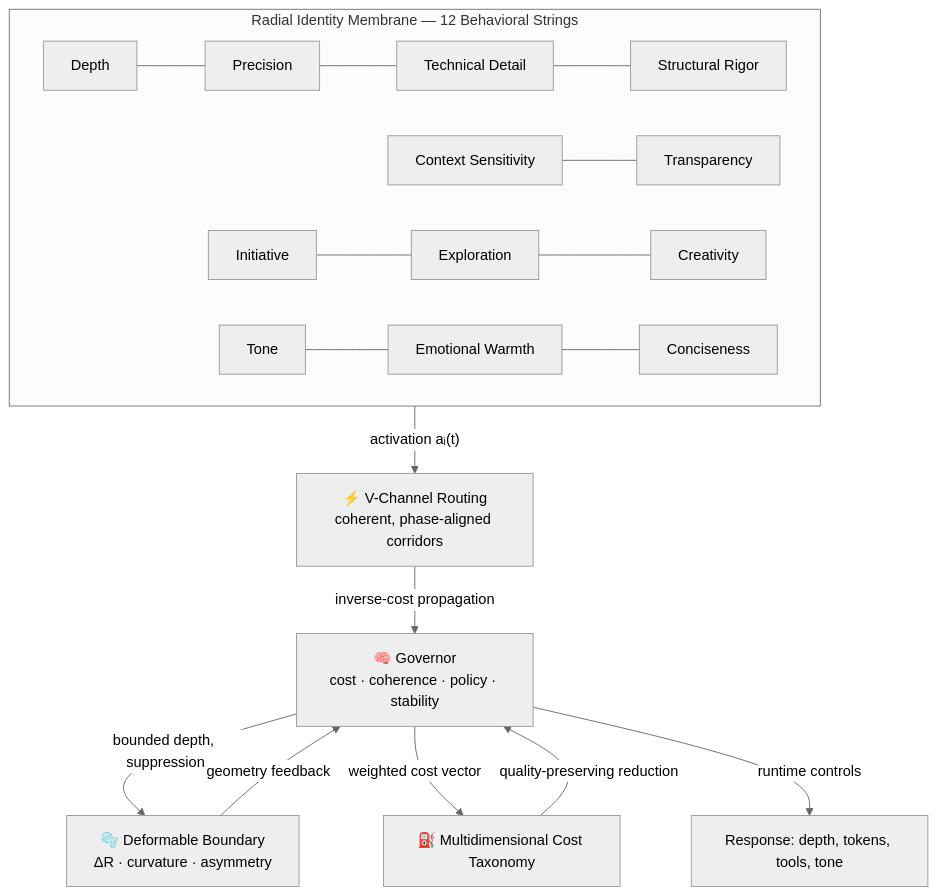
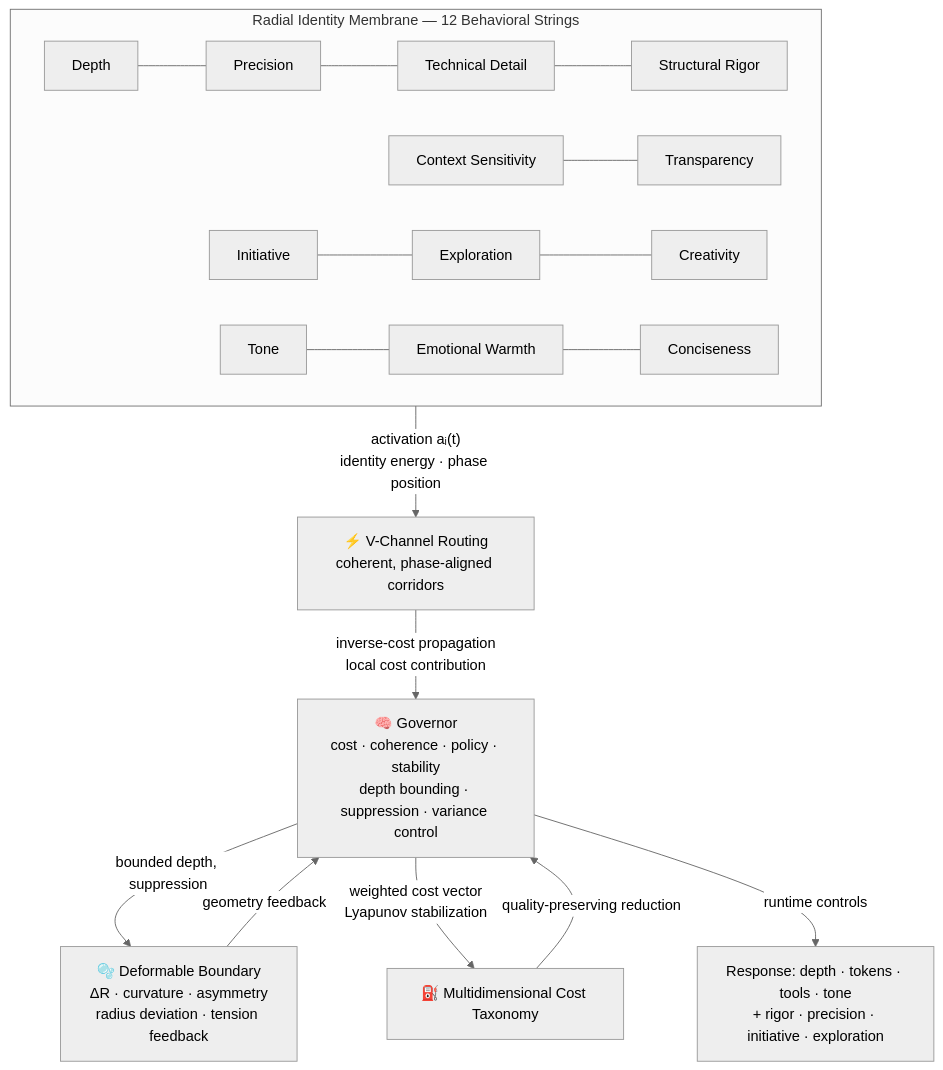
Before and after one commit to dfeen87/UFO: the diagram in README.md, drawn with Mermaid (neutral theme).

````diff
--- a/README.md
+++ b/README.md
@@ -126,18 +126,18 @@
 ```mermaid
 flowchart TB
     subgraph Hull["Radial Identity Membrane — 12 Behavioral Strings"]
         direction LR
         A1["Depth"] --- A2["Precision"] --- A3["Technical Detail"] --- A4["Structural Rigor"]
         B1["Context Sensitivity"] --- B2["Transparency"]
         C1["Initiative"] --- C2["Exploration"] --- C3["Creativity"]
         D1["Tone"] --- D2["Emotional Warmth"] --- D3["Conciseness"]
     end
 
-    Hull -- "activation aᵢ(t)" --> VChan["⚡ V-Channel Routing<br/>coherent, phase-aligned corridors"]
-    VChan -- "inverse-cost propagation" --> Gov["🧠 Governor<br/>cost · coherence · policy · stability"]
-    Gov -- "bounded depth, suppression" --> Skin["🫧 Deformable Boundary<br/>ΔR · curvature · asymmetry"]
+    Hull -- "activation aᵢ(t)<br/>identity energy · phase position" --> VChan["⚡ V-Channel Routing<br/>coherent, phase-aligned corridors"]
+    VChan -- "inverse-cost propagation<br/>local cost contribution" --> Gov["🧠 Governor<br/>cost · coherence · policy · stability<br/>depth bounding · suppression · variance control"]
+    Gov -- "bounded depth, suppression" --> Skin["🫧 Deformable Boundary<br/>ΔR · curvature · asymmetry<br/>radius deviation · tension feedback"]
     Skin -- "geometry feedback" --> Gov
-    Gov -- "weighted cost vector" --> Cost["⛽ Multidimensional Cost Taxonomy"]
+    Gov -- "weighted cost vector<br/>Lyapunov stabilization" --> Cost["⛽ Multidimensional Cost Taxonomy"]
     Cost -- "quality-preserving reduction" --> Gov
-    Gov -- "runtime controls" --> Out["Response: depth, tokens, tools, tone"]
+    Gov -- "runtime controls" --> Out["Response: depth · tokens · tools · tone<br/>+ rigor · precision · initiative · exploration"]
 ```
````
